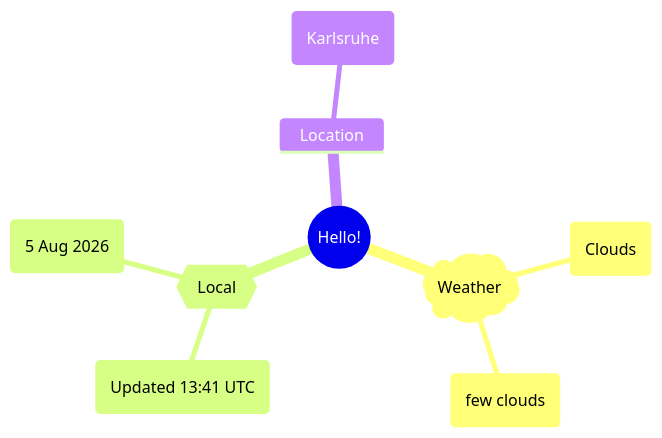
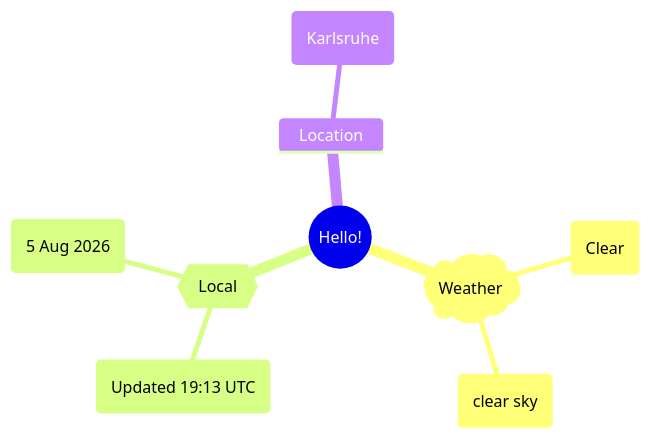
Before and after one commit to Xosrov/Xosrov: the first of 2 diagrams in README.md, drawn with Mermaid.

Commit message:
[bot] updated images

````diff
--- a/README.md
+++ b/README.md
@@ -3,12 +3,12 @@
 ```mermaid
 mindmap
   root((Hello!))
     )Weather(
-        (Clouds)
-        (few clouds)
+        (Clear)
+        (clear sky)
     {{Local}}
-        (Updated 13:41 UTC)
+        (Updated 19:13 UTC)
         (5 Aug 2026)
     Location
         (Karlsruhe)
 ```
````
